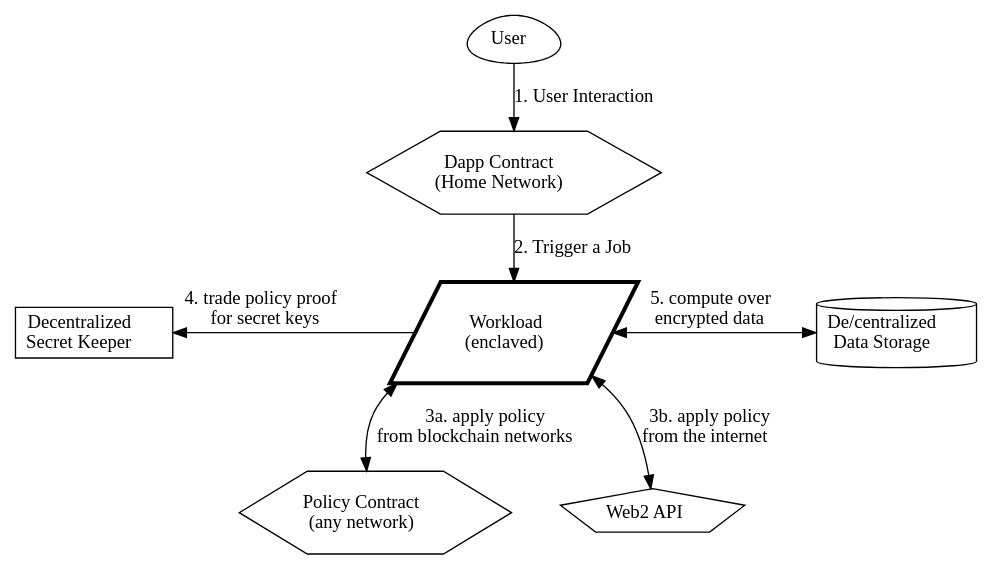
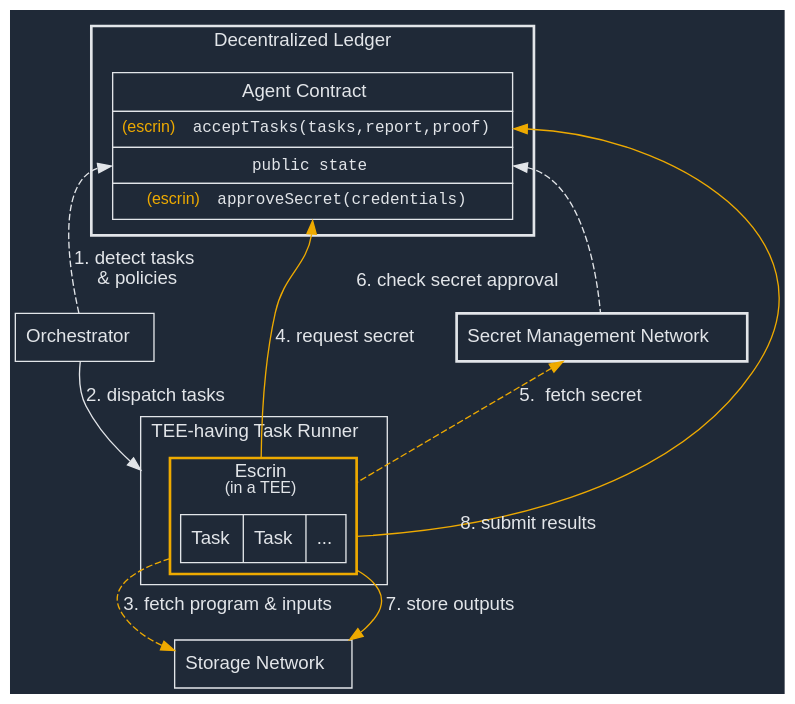
One commit to escrin/escrin changed the diagram in website/src/content/docs/en/getting-started/_escrin.dot. Above: the diagram before and after it, drawn with Graphviz. The commit also changed 2 other files, not shown here.

Commit message:
website: update system diagram

```diff
--- a/website/src/content/docs/en/getting-started/_escrin.dot
+++ b/website/src/content/docs/en/getting-started/_escrin.dot
@@ -1,20 +1,44 @@
 digraph {
-    node [shape=rect]
+    graph [bgcolor="#1f2937", compound=true, fontname="Helvetica", color="#e2e5e9", fontcolor="#e2e5e9"];
+    edge [fontname="Helvetica", color="#e2e5e9", fontcolor="#e2e5e9"];
+    node [shape=record fontname="Helvetica", color="#e2e5e9", fontcolor="#e2e5e9"];
 
-    user [label=<User>, shape=egg]
-    dapp [label=<Dapp Contract<br/>(Home Network)>, shape=hexagon]
-    job [label=<Workload<br/>(enclaved)>, shape=parallelogram,penwidth=3]
-    ipfs [label=<De/centralized<br/>Data Storage>, shape=cylinder]
-    km [label=<Decentralized<br/>Secret Keeper>]
-    policy_eth [label=<Policy Contract<br/>(any network)>, shape=hexagon]
-    policy_web2 [label=<Web2 API>, shape=pentagon]
+    orchestrator [label=<Orchestrator>];
+    agent;
+    storage [label=<Storage Network>];
 
-    user -> dapp [label=<1. User Interaction>]
-    dapp -> job [label=<2. Trigger a Job>]
-    job -> policy_eth [label=<3a. apply policy<br/>from blockchain networks>, dir=both]
-    job -> policy_web2 [label=<3b. apply policy<br/>from the internet>, dir=both]
-    job -> ipfs [dir=both, label=<5. compute over<br/>encrypted data>]
-    km -> job [label=<4. trade policy proof<br/>for secret keys>, dir=back]
+    subgraph cluster_ledger {
+        penwidth=2;
+        label=<Decentralized Ledger>;
+        agent [shape=none, label=<<TABLE BORDER="0" CELLBORDER="1" CELLSPACING="0" CELLPADDING="6">
+            <tr><td>Agent Contract</td></tr>
 
-    {rank=same;ipfs;km;job}
+            <TR><TD PORT="acceptTasks"><font color="#eeaa00" point-size="12">(escrin)  </font><font face="courier" point-size="12">acceptTasks(tasks,report,proof)</font></TD></TR>
+            <TR><TD PORT="state"><font face="courier" point-size="12">public state</font></TD></TR>
+
+            <TR><TD PORT="approveSecret"><font color="#eeaa00" point-size="12">(escrin)  </font><font face="courier" point-size="12">approveSecret(credentials)</font></TD></TR>
+            </TABLE>>];
+    }
+
+    subgraph cluster_runner {
+        label=<TEE-having Task Runner>;
+        subgraph cluster_escrin {
+            penwidth=2;
+            pencolor="#eeaa00";
+            label=<Escrin<br/><font point-size="12">(in a TEE)</font>>
+                tasks [label=<Task|Task|...>];
+        }
+    }
+
+    orchestrator -> agent:state  [label=<1. detect tasks<br/>&amp; policies>, style=dashed, constraint=false];
+    orchestrator -> tasks [label=<2. dispatch tasks>, lhead=cluster_runner];
+
+    km [label=<Secret Management Network>,penwidth=2];
+
+    agent:approveSecret -> tasks [lhead=cluster_escrin, ltail=cluster_escrin, label=<4. request secret  >,dir=back,color="#eeaa00"];
+    tasks -> storage [ltail=cluster_escrin,label=<3. fetch program &amp; inputs  >, style=dashed,color="#eeaa00"];
+    tasks -> storage [ltail=cluster_escrin,label=<  7. store outputs>,color="#eeaa00"];
+    tasks -> agent:acceptTasks [lhead=cluster_escrin, ltail=cluster_escrin, taillabel=<<br/>                     8. submit results>,constraint=false,color="#eeaa00"];
+    km -> tasks [lhead=cluster_escrin, ltail=cluster_escrin, label=< 5.  fetch secret>, style=dashed, dir=back, color="#eeaa00"];
+    agent:state -> km [xlabel=<<br/><br/>6. check secret approval>, dir=back, style=dashed];
 }
```
